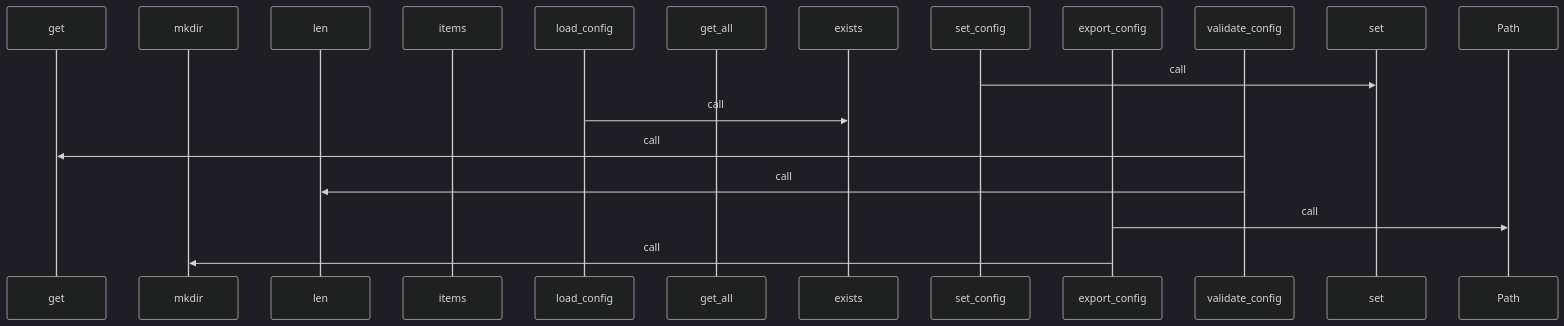
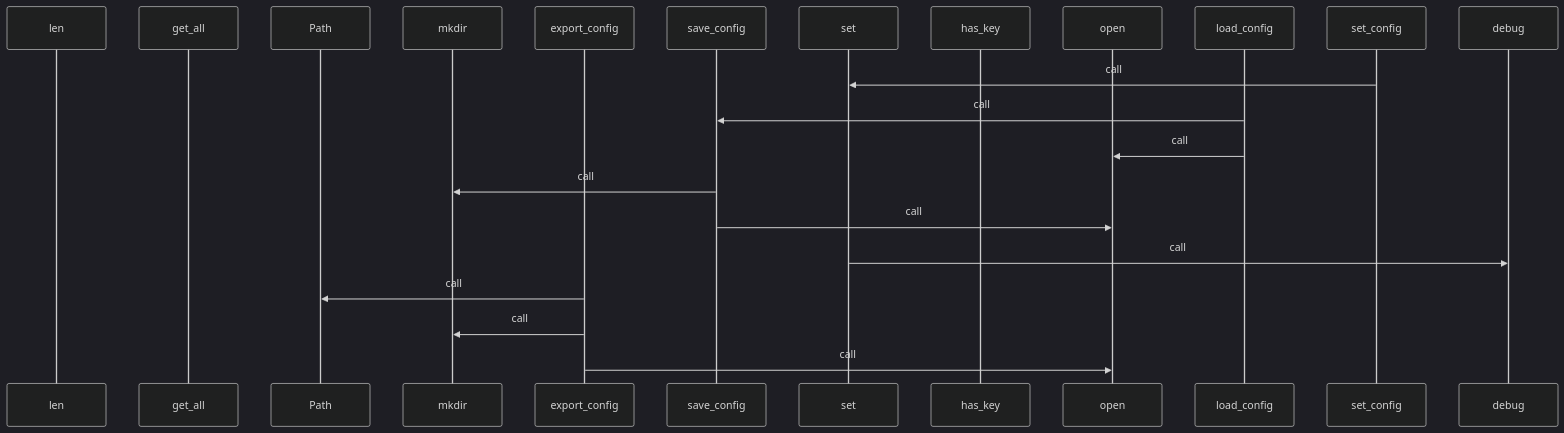
One commit to yeonjae-personal/codemuse-backend changed the fifth of 6 diagrams in generated_docs/rule_analyzer/shared/config/config_manager.md. Above: the diagram before and after it, drawn with Mermaid (dark theme). The commit also changed other lines of this file and 3378 other files, not shown here.

````diff
--- a/generated_docs/rule_analyzer/shared/config/config_manager.md
+++ b/generated_docs/rule_analyzer/shared/config/config_manager.md
@@ -369,21 +369,24 @@
 ```mermaid
 sequenceDiagram
-  participant get as get
+  participant len as len
+  participant get_all as get_all
+  participant Path as Path
   participant mkdir as mkdir
-  participant len as len
-  participant items as items
+  participant export_config as export_config
+  participant save_config as save_config
+  participant set as set
+  participant has_key as has_key
+  participant open as open
   participant load_config as load_config
-  participant get_all as get_all
-  participant exists as exists
   participant set_config as set_config
-  participant export_config as export_config
-  participant validate_config as validate_config
-  participant set as set
-  participant Path as Path
+  participant debug as debug
   set_config->>set: call
-  load_config->>exists: call
-  validate_config->>get: call
-  validate_config->>len: call
+  load_config->>save_config: call
+  load_config->>open: call
+  save_config->>mkdir: call
+  save_config->>open: call
+  set->>debug: call
   export_config->>Path: call
   export_config->>mkdir: call
+  export_config->>open: call
 ```
````
